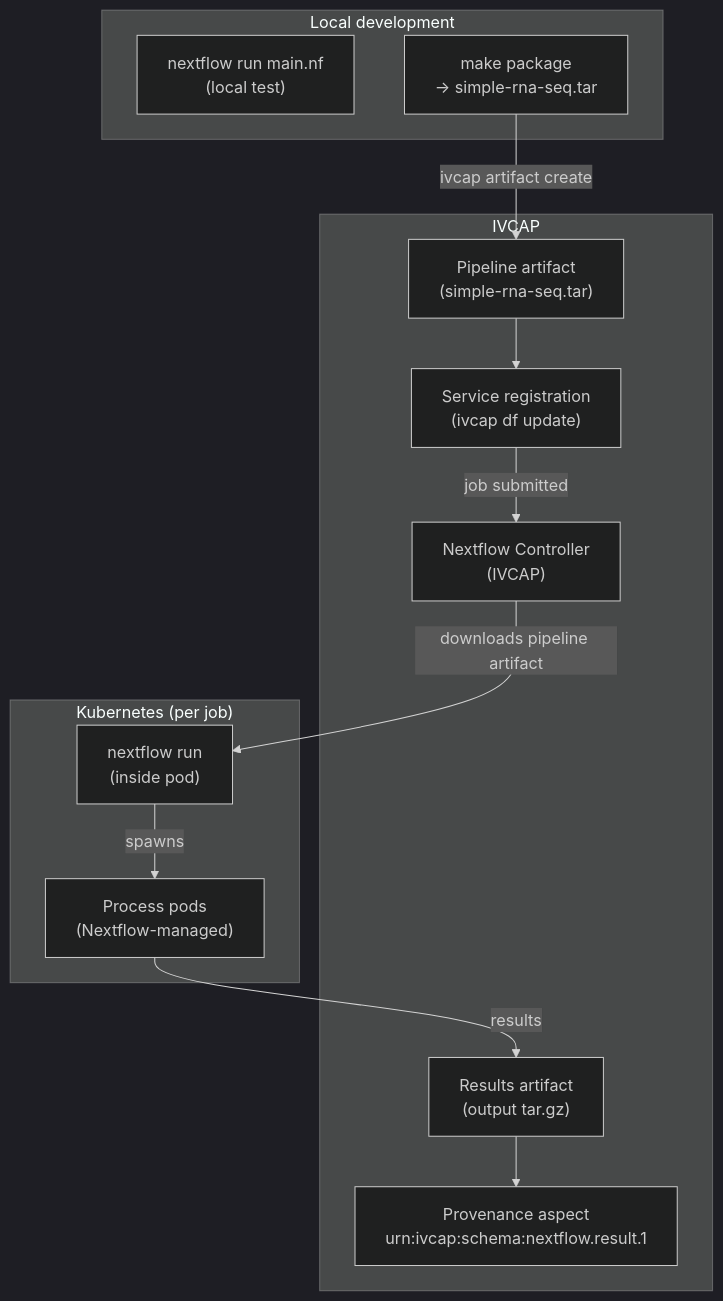
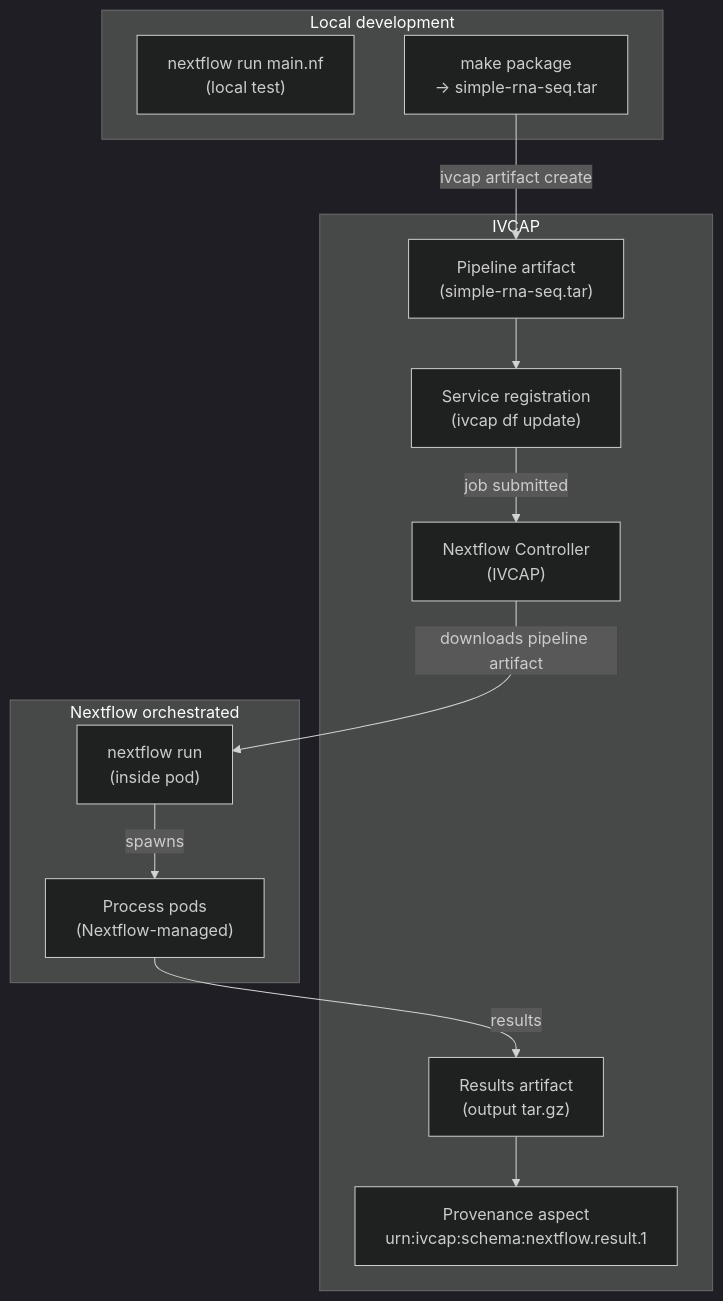
The first of 2 diagrams in docs/guides/nextflow/index.md (ivcap-works/ivcap-docs), drawn with Mermaid (dark theme) before and after one commit.

Commit message:
docs(nextflow): rename diagram subgraph from 'Kubernetes (per job)' to 'Nextflow orchestrated'

````diff
--- a/docs/guides/nextflow/index.md
+++ b/docs/guides/nextflow/index.md
@@ -50,28 +50,28 @@
 ```mermaid
 flowchart TD
     subgraph Local["Local development"]
         NF["nextflow run main.nf\n(local test)"]
         PKG["make package\n→ simple-rna-seq.tar"]
     end
 
     subgraph IVCAP
         ART["Pipeline artifact\n(simple-rna-seq.tar)"]
         SVC["Service registration\n(ivcap df update)"]
         CTL["Nextflow Controller\n(IVCAP)"]
         RES["Results artifact\n(output tar.gz)"]
         PRV["Provenance aspect\nurn:ivcap:schema:nextflow.result.1"]
     end
 
-    subgraph K8s["Kubernetes (per job)"]
+    subgraph K8s["Nextflow orchestrated"]
         RUN["nextflow run\n(inside pod)"]
         PROC["Process pods\n(Nextflow-managed)"]
     end
 
     PKG -->|ivcap artifact create| ART
     ART --> SVC
     SVC -->|job submitted| CTL
     CTL -->|downloads pipeline artifact| RUN
     RUN -->|spawns| PROC
     PROC -->|results| RES
     RES --> PRV
 ```
````
